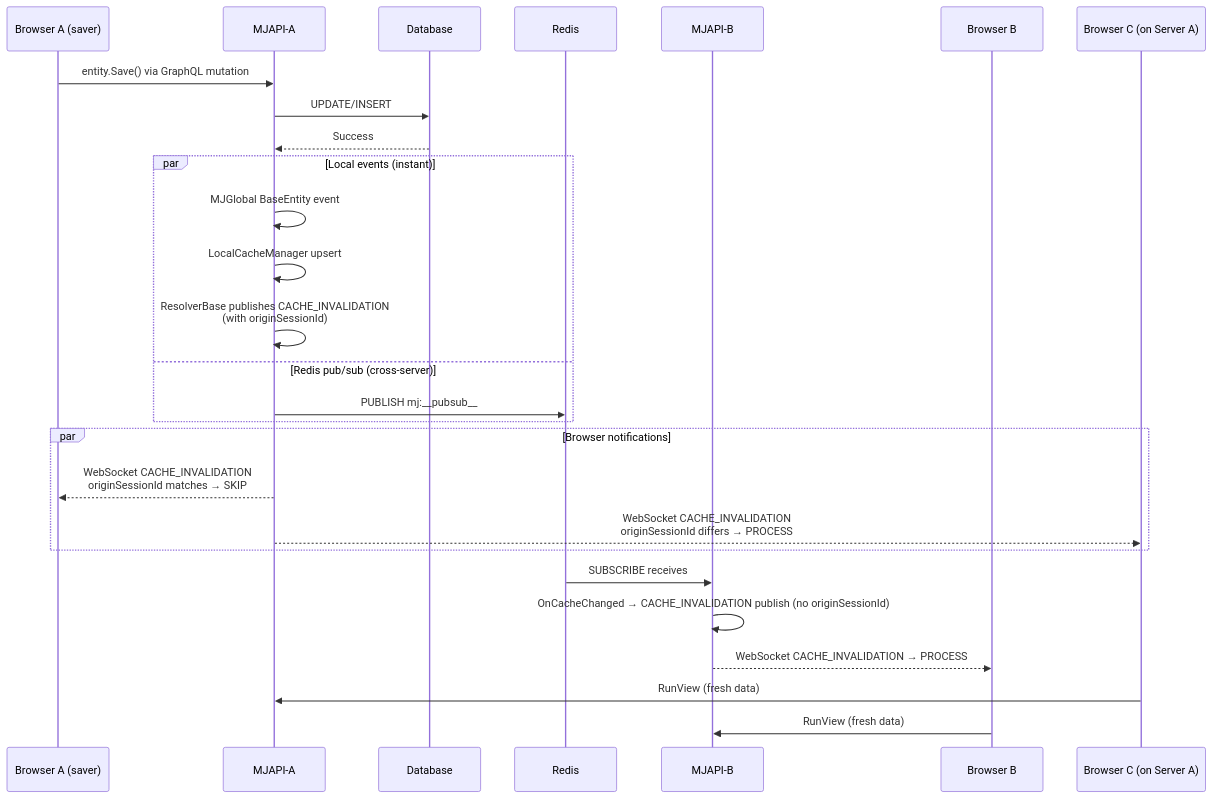
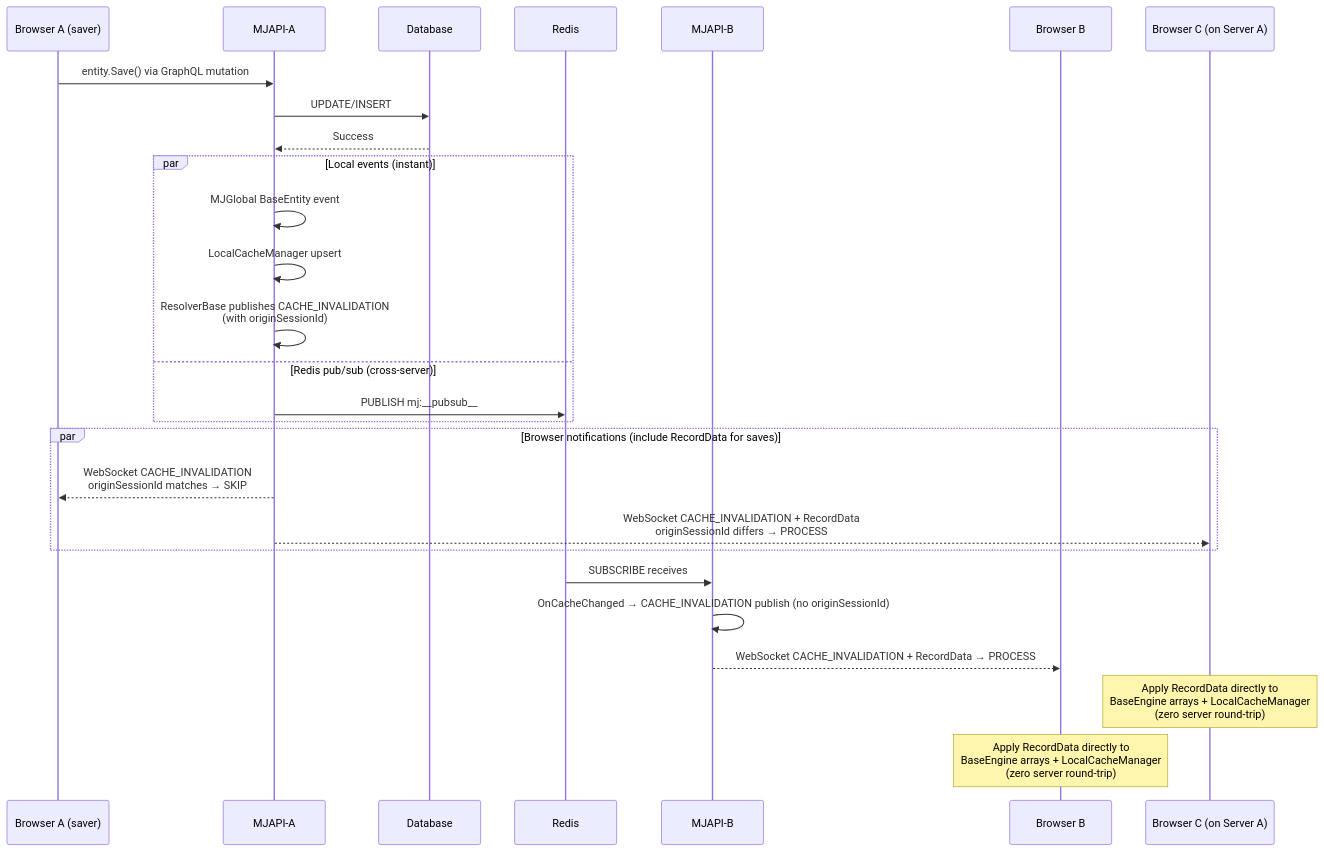
Before and after one commit to MemberJunction/MJ: the second of 15 diagrams in guides/CACHING_AND_PUBSUB_GUIDE.md, drawn with Mermaid. The commit also changed other lines of this file, not shown here.

First line of the commit message:
Update caching guide with RecordData payload, CompositeKey, and Redis vs no-Redis docs

````diff
--- a/guides/CACHING_AND_PUBSUB_GUIDE.md
+++ b/guides/CACHING_AND_PUBSUB_GUIDE.md
@@ -81,34 +81,34 @@
 ```mermaid
 sequenceDiagram
     participant BA as Browser A (saver)
     participant SA as MJAPI-A
     participant DB as Database
     participant Redis
     participant SB as MJAPI-B
     participant BB as Browser B
     participant BC as Browser C (on Server A)
 
     BA->>SA: entity.Save() via GraphQL mutation
     SA->>DB: UPDATE/INSERT
     DB-->>SA: Success
 
     par Local events (instant)
         SA->>SA: MJGlobal BaseEntity event
         SA->>SA: LocalCacheManager upsert
         SA->>SA: ResolverBase publishes CACHE_INVALIDATION<br/>(with originSessionId)
     and Redis pub/sub (cross-server)
         SA->>Redis: PUBLISH mj:__pubsub__
     end
 
-    par Browser notifications
+    par Browser notifications (include RecordData for saves)
         SA-->>BA: WebSocket CACHE_INVALIDATION<br/>originSessionId matches → SKIP
-        SA-->>BC: WebSocket CACHE_INVALIDATION<br/>originSessionId differs → PROCESS
+        SA-->>BC: WebSocket CACHE_INVALIDATION + RecordData<br/>originSessionId differs → PROCESS
     end
 
     Redis->>SB: SUBSCRIBE receives
     SB->>SB: OnCacheChanged → CACHE_INVALIDATION publish (no originSessionId)
-    SB-->>BB: WebSocket CACHE_INVALIDATION → PROCESS
+    SB-->>BB: WebSocket CACHE_INVALIDATION + RecordData → PROCESS
 
-    BC->>SA: RunView (fresh data)
-    BB->>SB: RunView (fresh data)
+    Note over BC: Apply RecordData directly to<br/>BaseEngine arrays + LocalCacheManager<br/>(zero server round-trip)
+    Note over BB: Apply RecordData directly to<br/>BaseEngine arrays + LocalCacheManager<br/>(zero server round-trip)
 ```
````
